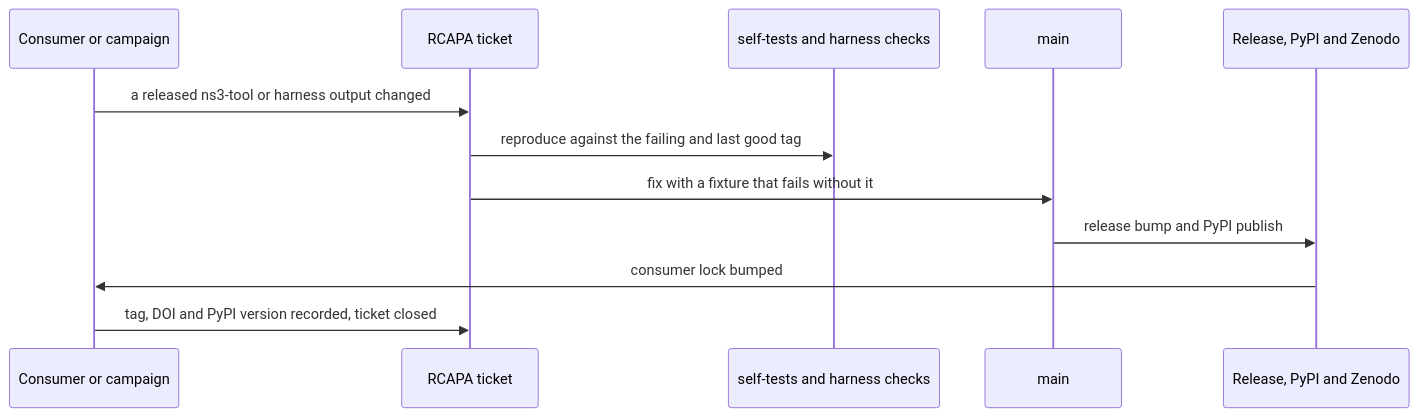
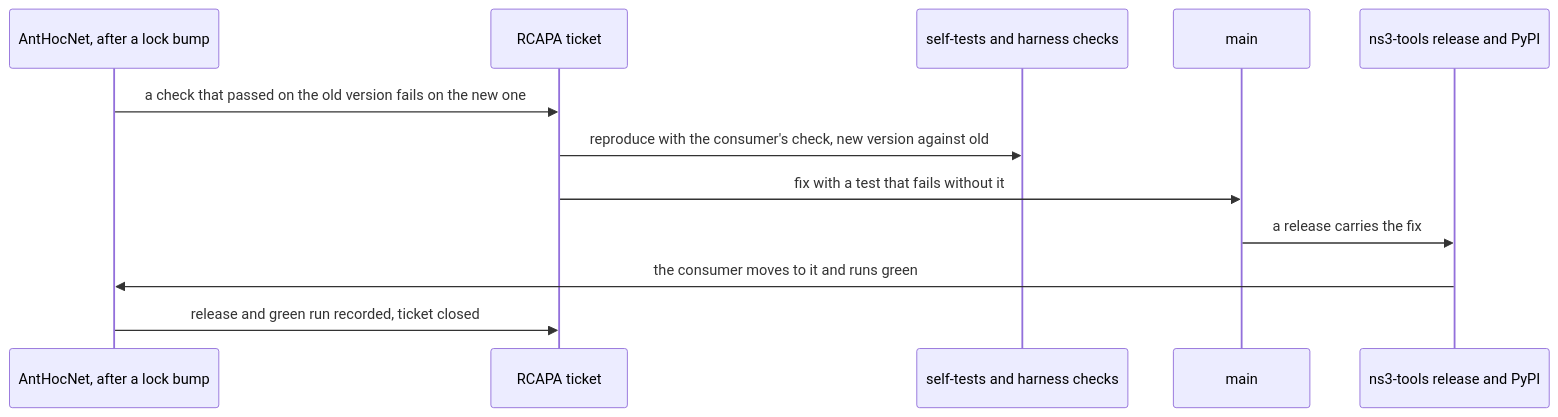
One commit to swarm-routing/ns3-tools changed the diagram in docs/rcapa/README.md. Above: the diagram before and after it, drawn with Mermaid. The commit also changed other lines of this file, not shown here.

````diff
--- a/docs/rcapa/README.md
+++ b/docs/rcapa/README.md
@@ -44,14 +40,14 @@
 ```mermaid
 sequenceDiagram
-    participant U as Consumer or campaign
+    participant C as AntHocNet, after a lock bump
     participant T as RCAPA ticket
     participant G as self-tests and harness checks
     participant M as main
-    participant R as Release, PyPI and Zenodo
-    U->>T: a released ns3-tool or harness output changed
-    T->>G: reproduce against the failing and last good tag
-    T->>M: fix with a fixture that fails without it
-    M->>R: release bump and PyPI publish
-    R->>U: consumer lock bumped
-    U->>T: tag, DOI and PyPI version recorded, ticket closed
+    participant R as ns3-tools release and PyPI
+    C->>T: a check that passed on the old version fails on the new one
+    T->>G: reproduce with the consumer's check, new version against old
+    T->>M: fix with a test that fails without it
+    M->>R: a release carries the fix
+    R->>C: the consumer moves to it and runs green
+    C->>T: release and green run recorded, ticket closed
 ```
````
